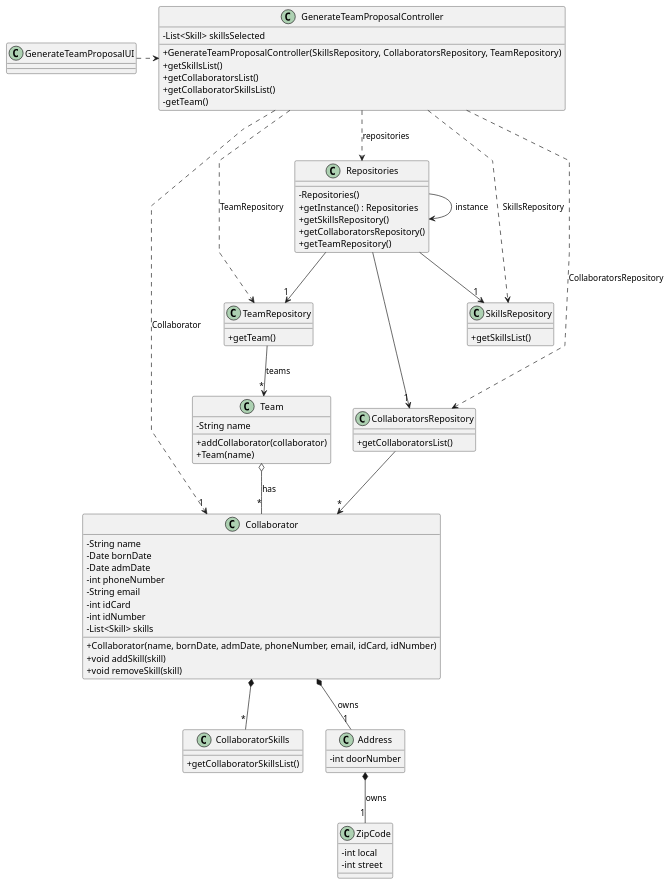
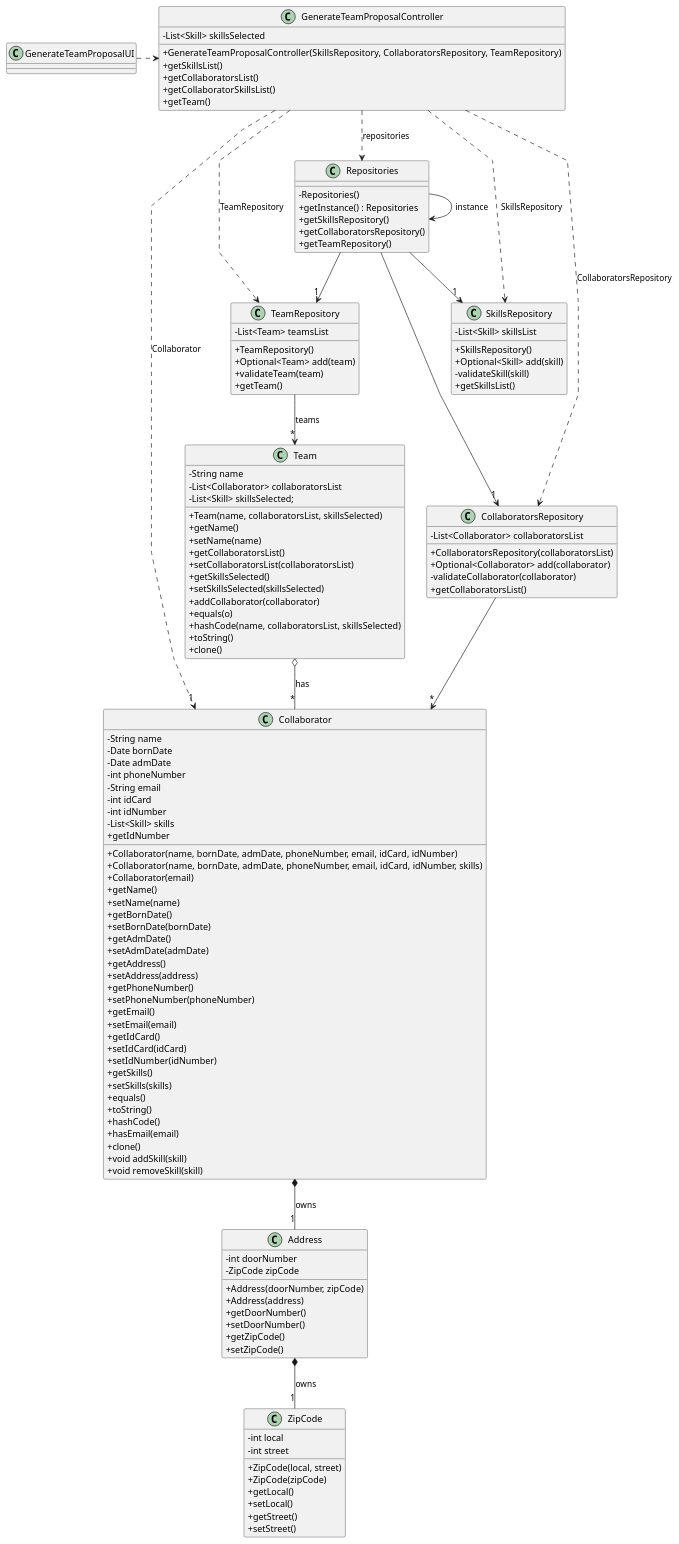
The diagram in docs/sprint2/us005/03.design/puml/us005-class-diagram.puml (1231360-ISEP/lei-24-s2-1db-g021), drawn with PlantUML before and after one commit. The commit also changed 3 other files, not shown here.

Commit message:
Update US01 and US05 - Class Diagram and SVG´s

```diff
--- a/docs/sprint2/us005/03.design/puml/us005-class-diagram.puml
+++ b/docs/sprint2/us005/03.design/puml/us005-class-diagram.puml
@@ -1,101 +1,155 @@
 @startuml
 skinparam packageStyle rectangle
 skinparam shadowing false
 skinparam linetype polyline
 
 skinparam classAttributeIconSize 0
 
 
 class GenerateTeamProposalUI {
 }
 
 class GenerateTeamProposalController {
     - List<Skill> skillsSelected
     + GenerateTeamProposalController(SkillsRepository, CollaboratorsRepository, TeamRepository)
     + getSkillsList()
     + getCollaboratorsList()
     + getCollaboratorSkillsList()
-    - getTeam()
+    + getTeam()
 }
 
 class Collaborator {
     - String name
     - Date bornDate
     - Date admDate
     - int phoneNumber
     - String email
     - int idCard
     - int idNumber
     - List<Skill> skills
-
     + Collaborator(name, bornDate, admDate, phoneNumber, email, idCard, idNumber)
+    + Collaborator(name, bornDate, admDate, phoneNumber, email, idCard, idNumber, skills)
+    + Collaborator(email)
+    + getName()
+    + setName(name)
+    + getBornDate()
+    + setBornDate(bornDate)
+    + getAdmDate()
+    + setAdmDate(admDate)
+    + getAddress()
+    + setAddress(address)
+    + getPhoneNumber()
+    + setPhoneNumber(phoneNumber)
+    + getEmail()
+    + setEmail(email)
+    + getIdCard()
+    + setIdCard(idCard)
+    + getIdNumber
+    + setIdNumber(idNumber)
+    + getSkills()
+    + setSkills(skills)
+    + equals()
+    + toString()
+    + hashCode()
+    + hasEmail(email)
+    + clone()
     + void addSkill(skill)
     + void removeSkill(skill)
 }
 
 class Repositories {
     - Repositories()
     + getInstance() : Repositories
     + getSkillsRepository()
     + getCollaboratorsRepository()
     + getTeamRepository()
 }
 
 class CollaboratorsRepository {
+    - List<Collaborator> collaboratorsList
+    + CollaboratorsRepository(collaboratorsList)
+    + Optional<Collaborator> add(collaborator)
+    - validateCollaborator(collaborator)
     + getCollaboratorsList()
 }
 
-class CollaboratorSkills {
-    + getCollaboratorSkillsList()
-}
-
 class SkillsRepository {
+    - List<Skill> skillsList
+    + SkillsRepository()
+    + Optional<Skill> add(skill)
+    - validateSkill(skill)
     + getSkillsList()
 }
 
 class Address {
     - int doorNumber
+    - ZipCode zipCode
+    + Address(doorNumber, zipCode)
+    + Address(address)
+    + getDoorNumber()
+    + setDoorNumber()
+    + getZipCode()
+    + setZipCode()
 }
 
 class ZipCode {
     - int local
     - int street
+    + ZipCode(local, street)
+    + ZipCode(zipCode)
+    + getLocal()
+    + setLocal()
+    + getStreet()
+    + setStreet()
 }
 
 class TeamRepository {
+    - List<Team> teamsList
+    + TeamRepository()
+    + Optional<Team> add(team)
+    + validateTeam(team)
     + getTeam()
 }
 
 class Team {
     - String name
+    - List<Collaborator> collaboratorsList
+    - List<Skill> skillsSelected;
+    + Team(name, collaboratorsList, skillsSelected)
+    + getName()
+    + setName(name)
+    + getCollaboratorsList()
+    + setCollaboratorsList(collaboratorsList)
+    + getSkillsSelected()
+    + setSkillsSelected(skillsSelected)
     + addCollaborator(collaborator)
-    + Team(name)
+    + equals(o)
+    + hashCode(name, collaboratorsList, skillsSelected)
+    + toString()
+    + clone()
 }
 
 
 Repositories -> Repositories : instance
 
 GenerateTeamProposalUI .> GenerateTeamProposalController
 
 Repositories --> "1" TeamRepository
 Repositories --> "1" CollaboratorsRepository
 Repositories --> "1" SkillsRepository
 
 GenerateTeamProposalController ...> CollaboratorsRepository: CollaboratorsRepository
 GenerateTeamProposalController ...> SkillsRepository: SkillsRepository
 GenerateTeamProposalController ...> TeamRepository : TeamRepository
 GenerateTeamProposalController .> Repositories : repositories
 GenerateTeamProposalController ...> "1" Collaborator : Collaborator
 
 TeamRepository --> "*" Team : teams
 Team o-- "*" Collaborator : has
 
 CollaboratorsRepository --> "*" Collaborator
 
 Collaborator *-- "1" Address : owns
 Address *-- "1" ZipCode : owns
 
-Collaborator *-- "*" CollaboratorSkills
-
-
 @enduml
```
